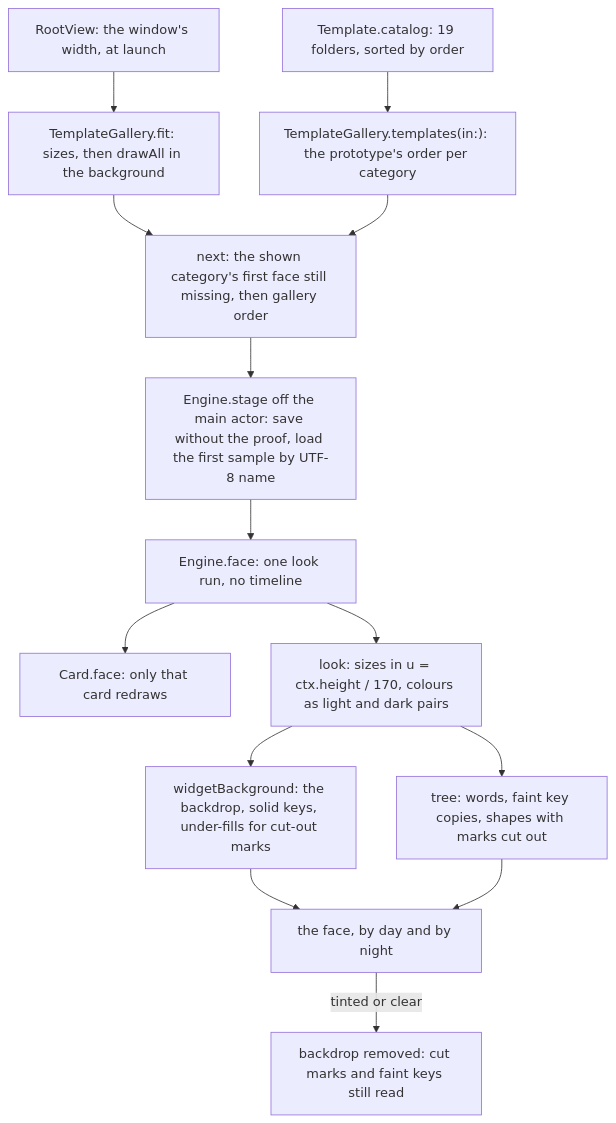
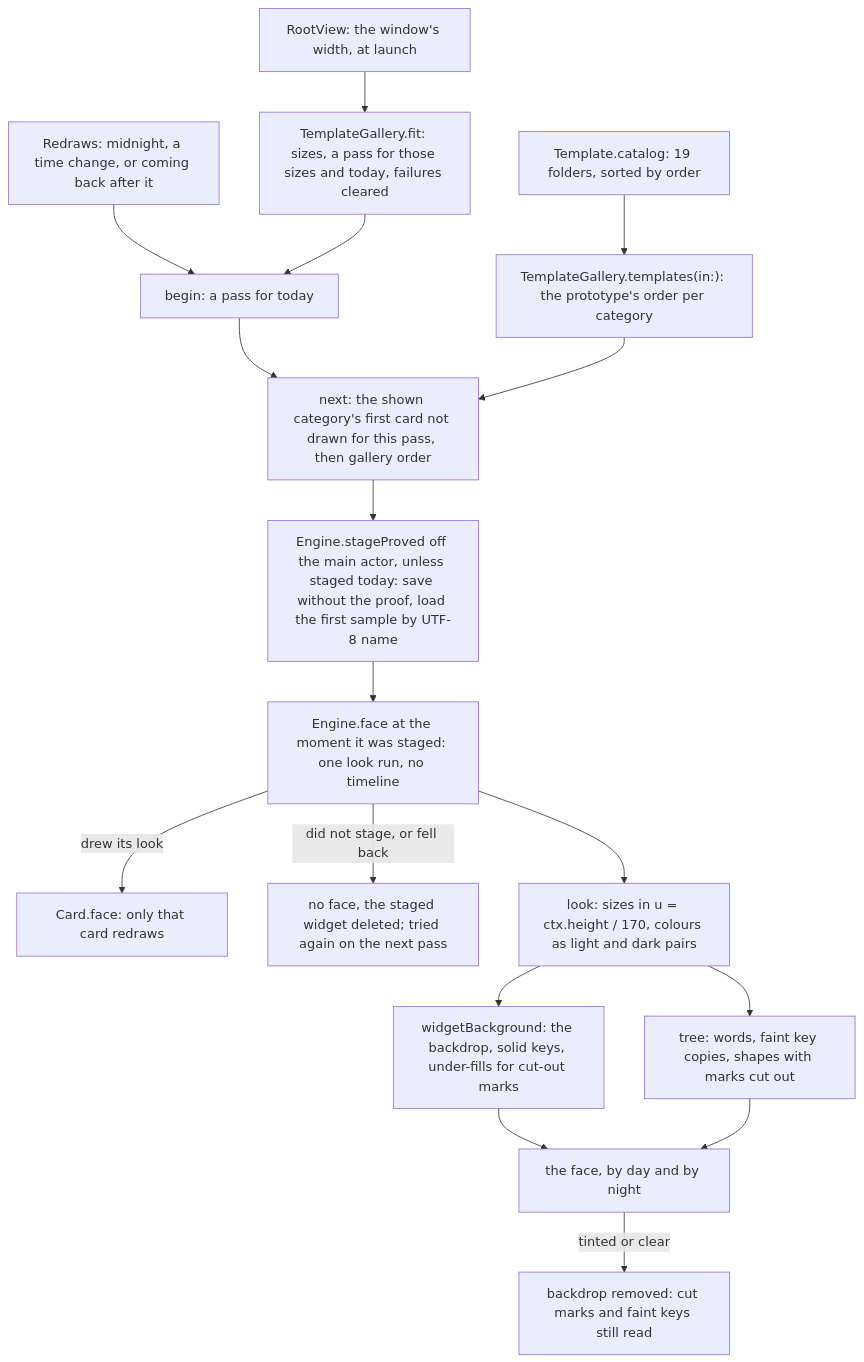
One commit to Krutik460/Widgie changed the first of 4 diagrams in docs/pr/18-app-shell-u4-content.md. Above: the diagram before and after it, drawn with Mermaid. The commit also changed other lines of this file and 21 other files, not shown here.

````diff
--- a/docs/pr/18-app-shell-u4-content.md
+++ b/docs/pr/18-app-shell-u4-content.md
@@ -17,16 +18,19 @@
 ```mermaid
 flowchart TD
   CAT["Template.catalog: 19 folders, sorted by order"] --> SHELF["TemplateGallery.templates(in:): the prototype's order per category"]
-  ROOT["RootView: the window's width, at launch"] --> FIT["TemplateGallery.fit: sizes, then drawAll in the background"]
-  FIT --> NEXT["next: the shown category's first face still missing, then gallery order"]
-  NEXT --> STAGE["Engine.stage off the main actor: save without the proof, load the first sample by UTF-8 name"]
-  STAGE --> DRAW["Engine.face: one look run, no timeline"]
-  DRAW --> CARD["Card.face: only that card redraws"]
+  ROOT["RootView: the window's width, at launch"] --> FIT["TemplateGallery.fit: sizes, a pass for those sizes and today, failures cleared"]
+  MIDNIGHT["Redraws: midnight, a time change, or coming back after it"] --> PASS["begin: a pass for today"]
+  FIT --> PASS
+  PASS --> NEXT["next: the shown category's first card not drawn for this pass, then gallery order"]
+  NEXT --> STAGE["Engine.stageProved off the main actor, unless staged today: save without the proof, load the first sample by UTF-8 name"]
+  STAGE --> DRAW["Engine.face at the moment it was staged: one look run, no timeline"]
+  DRAW -->|"drew its look"| CARD["Card.face: only that card redraws"]
+  DRAW -->|"did not stage, or fell back"| FAILED["no face, the staged widget deleted; tried again on the next pass"]
   SHELF --> NEXT
   DRAW --> LOOK["look: sizes in u = ctx.height / 170, colours as light and dark pairs"]
   LOOK --> BACK["widgetBackground: the backdrop, solid keys, under-fills for cut-out marks"]
   LOOK --> TREE["tree: words, faint key copies, shapes with marks cut out"]
   BACK --> FACE["the face, by day and by night"]
   TREE --> FACE
   FACE -->|"tinted or clear"| TINT["backdrop removed: cut marks and faint keys still read"]
 ```
````
